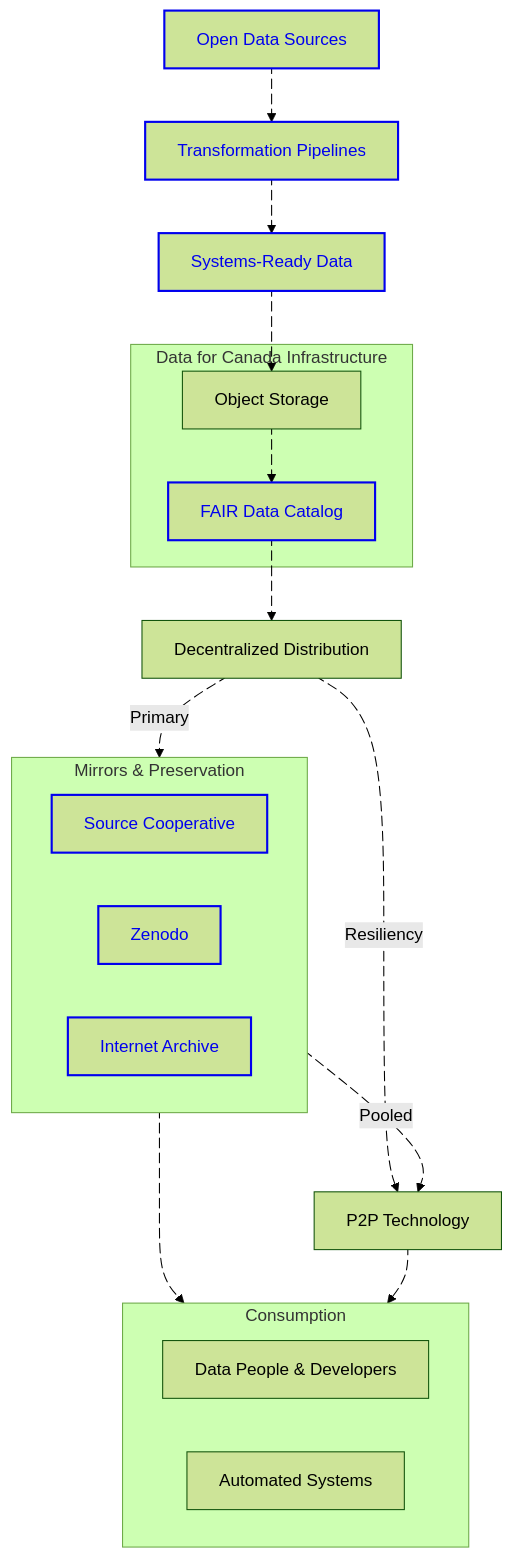
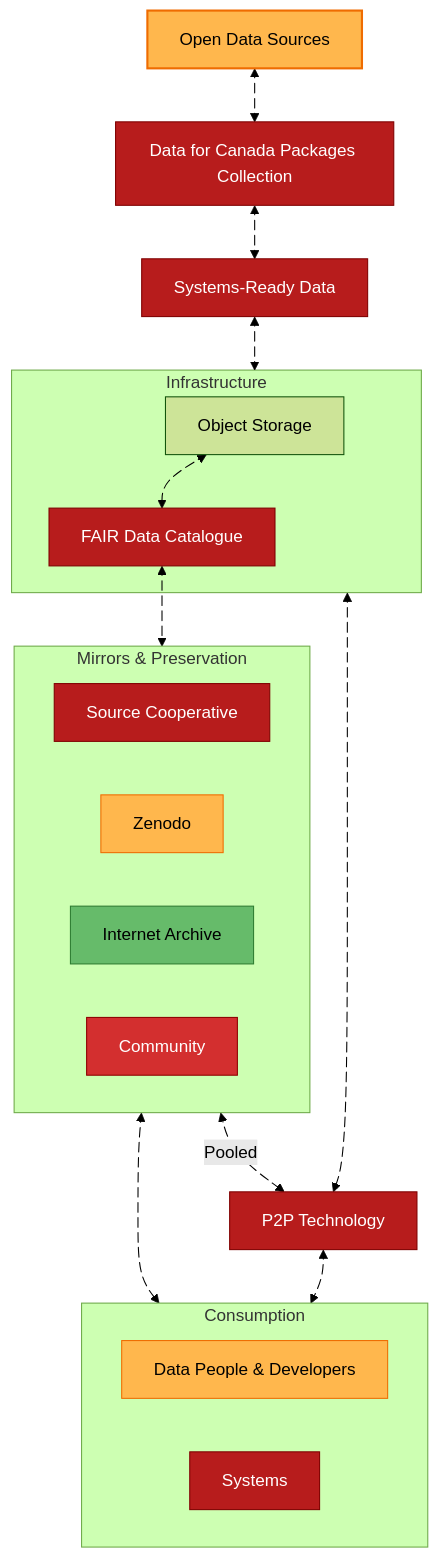
One commit to dataforcanada/d4c-infra-distribution changed the first of 2 diagrams in README.md. Above: the diagram before and after it, drawn with Mermaid (forest theme). The commit also changed other lines of this file, not shown here.

````diff
--- a/README.md
+++ b/README.md
@@ -7,58 +9,69 @@
         SourceCoop[Source Cooperative]
         Zenodo[Zenodo]
         InternetArchive[Internet Archive]
+        Community[Community]
     end
 
     Sources[Open Data Sources]
-    Processes[Transformation Pipelines]
+    Processes[Data for Canada Packages Collection]
     Artifacts[Systems-Ready Data]
     
-    subgraph CoreInfra [Data for Canada Infrastructure]
+    subgraph CoreInfra [Infrastructure]
         Portal[Object Storage]
-        Metadata[FAIR Data Catalog]
+        Metadata[FAIR Data Catalogue]
     end
     
-    Distribution[Decentralized Distribution]
-    Torrent["P2P Technology"]
+    P2P["P2P Technology"]
     
     subgraph Consumers [Consumption]
         Users[Data People & Developers]
-        Systems[Automated Systems]
+        Systems[Systems]
     end
 
     %% Flow with Animations
-    Sources a1@--> Processes
+    Sources a1@<--> Processes
     a1@{animate: true, animation: slow}
     
-    Processes a2@--> Artifacts
+    Processes a2@<--> Artifacts
     a2@{animate: true, animation: slow}
     
-    Artifacts a3@--> Portal
+    Artifacts a3@<--> CoreInfra
     a3@{animate: true, animation: slow}
     
-    Portal a4@--> Metadata
+    Portal a4@<--> Metadata
     a4@{animate: true, animation: fast}
     
-    Metadata a5@--> Distribution
+    Metadata a5@<--> mirrors
     a5@{animate: true, animation: fast}
 
-    %% Distribution Logic
-    Distribution a7@-.->|Primary| mirrors
-    a7@{animate: true, animation: slow}
-    
-    Distribution a8@-.->|Resiliency| Torrent
+    CoreInfra a8@<-.->P2P
     a8@{animate: true, animation: slow}
 
     %% Mirror Connections
-    mirrors a12@--> Consumers
+    mirrors a12@<--> Consumers
     a12@{animate: true, animation: slow}
     
-    mirrors a9@-.->|Pooled| Torrent
+    mirrors a9@<-.->|Pooled| P2P
     a9@{animate: true, animation: fast}
 
-    %% Torrent Connections
-    Torrent a10@--> Consumers
+    %% P2P Connections
+    P2P a10@<--> Consumers
     a10@{animate: true, animation: fast}
+    
+    style Sources fill:#FFB74D,stroke:#EF6C00,color:#000000
+    style Artifacts fill:#B71C1C,stroke:#7F0000,color:#FFFFFF
+    %% Opera concertmaster
+    style Metadata fill:#B71C1C,stroke:#7F0000,color:#FFFFFF
+    class Metadata Metadata
+    style Processes fill:#B71C1C,stroke:#7F0000,color:#FFFFFF
+    class Processes Processes
+    style SourceCoop fill:#B71C1C,stroke:#7F0000,color:#FFFFFF
+    style Zenodo fill:#FFB74D,stroke:#EF6C00,color:#000000
+    style Community fill:#D32F2F,stroke:#8E0000,color:#FFFFFF
+    style P2P fill:#B71C1C,stroke:#7F0000,color:#FFFFFF
+    style InternetArchive fill:#66BB6A,stroke:#2E7D32,color:#000000
+    style Users fill:#FFB74D,stroke:#EF6C00,color:#000000
+    style Systems fill:#B71C1C,stroke:#7F0000,color:#FFFFFF
     
     %% Click Actions
     click Sources "https://www.dataforcanada.org/#high-level-overview" _blank
@@ -70,5 +83,5 @@
     click InternetArchive "https://archive.org/details/@diegoripley/uploads/" _blank
 
     %% APPLY STYLES TO LINKED NODES
-    class Sources,Processes,Artifacts,Metadata,SourceCoop,Zenodo,InternetArchive linkNode
+    class Sources linkNode
 ```
````
